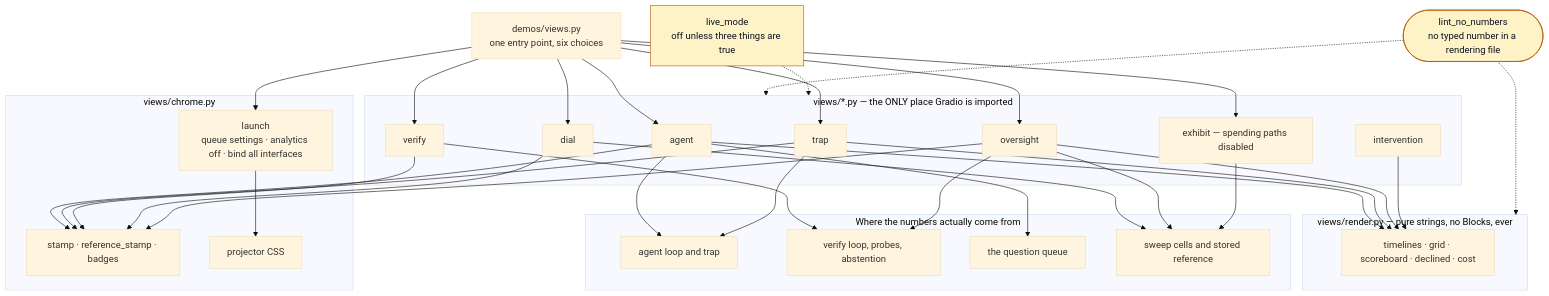
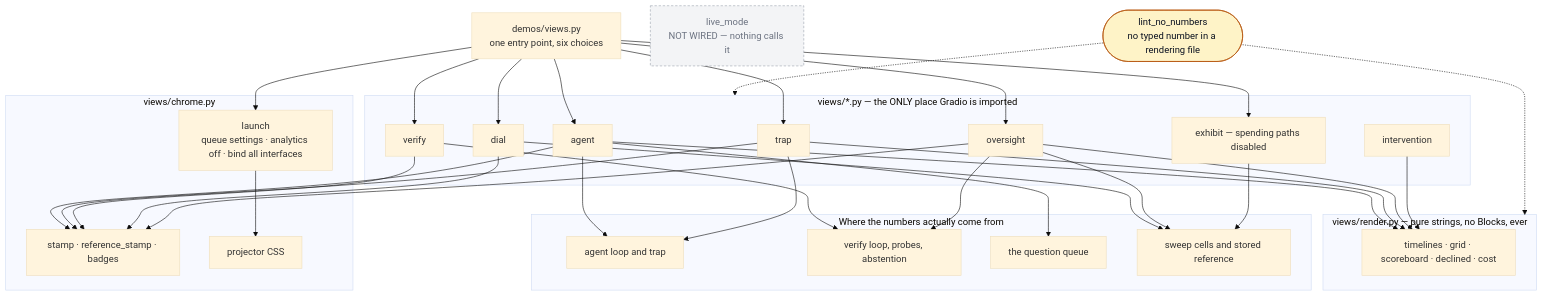
The diagram in demos/ONBOARDING-views.md (ANI-IN/loop-engineering), drawn with Mermaid (base theme) before and after one commit. The commit also changed other lines of this file and 6 other files, not shown here.

First line of the commit message:
docs: correct four stale diagrams and give the two biggest ones prose

````diff
--- a/demos/ONBOARDING-views.md
+++ b/demos/ONBOARDING-views.md
@@ -134,61 +134,62 @@
 ```mermaid
 flowchart TB
     CLI["demos/views.py<br/>one entry point, six choices"]
 
     subgraph screens["views/*.py — the ONLY place Gradio is imported"]
         AG["agent"]
         TR["trap"]
         VE["verify"]
         DI["dial"]
         OV["oversight"]
         EX["exhibit — spending paths disabled"]
         IN["intervention"]
     end
 
     subgraph pure["views/render.py — pure strings, no Blocks, ever"]
         RD["timelines · grid · scoreboard · declined · cost"]
     end
 
     subgraph furniture["views/chrome.py"]
         ST["stamp · reference_stamp · badges"]
         CSS["projector CSS"]
         LA["launch<br/>queue settings · analytics off · bind all interfaces"]
     end
 
     subgraph upstream["Where the numbers actually come from"]
         LONE["agent loop and trap"]
         LTWO["verify loop, probes, abstention"]
         LTHREE["the question queue"]
         LFOUR["sweep cells and stored reference"]
     end
 
-    GUARD["live_mode<br/>off unless three things are true"]
+    GUARD["live_mode<br/>NOT WIRED — nothing calls it"]
     LINT(["lint_no_numbers<br/>no typed number in a rendering file"])
 
     CLI --> AG & TR & VE & DI & OV & EX
     AG --> RD
     TR --> RD
     OV --> RD
     IN --> RD
     AG --> ST
     TR --> ST
     VE --> ST
     DI --> ST
     OV --> ST
     LA --> CSS
     CLI --> LA
     AG --> LONE
     TR --> LONE
     VE --> LTWO
     OV --> LTWO
     AG --> LTHREE
     DI --> LFOUR
     OV --> LFOUR
     EX --> LFOUR
     LINT -.-> screens
     LINT -.-> pure
-    GUARD -.-> screens
 
     classDef gate fill:#fef3c7,stroke:#b45309,color:#0b1220;
-    class LINT,GUARD gate;
+    classDef dead fill:#f3f4f6,stroke:#9ca3af,color:#6b7280,stroke-dasharray:4 3;
+    class LINT gate;
+    class GUARD dead;
 ```
````
